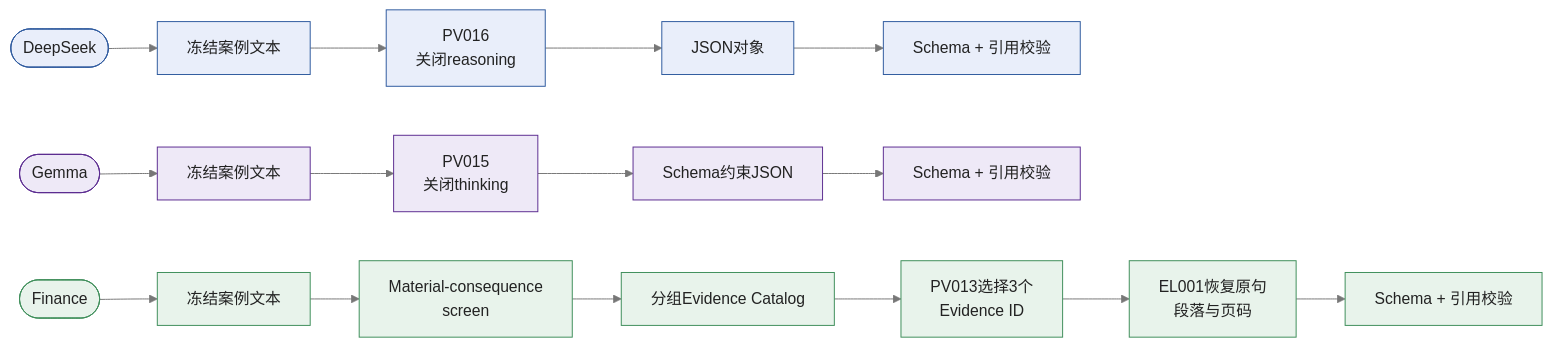
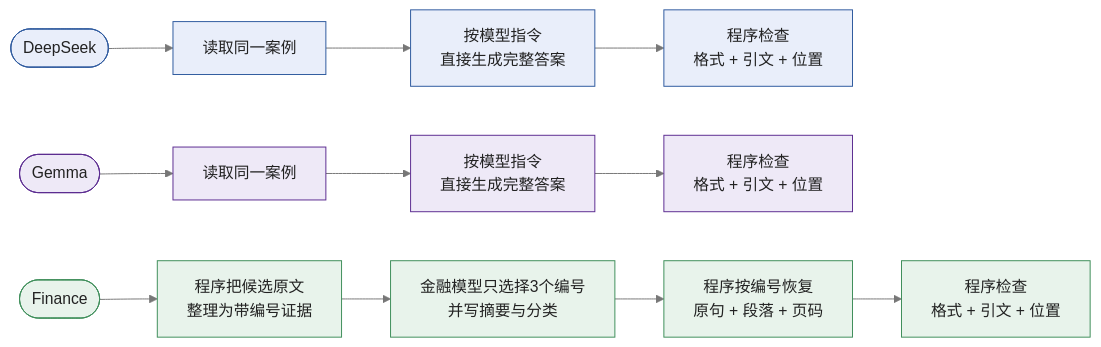
The diagram in report/visuals/src/final_solution_architectures.mmd (Alhabor/financial-filing-extraction), drawn with Mermaid before and after one commit. The commit also changed 11 other files, not shown here.

```diff
--- a/report/visuals/src/final_solution_architectures.mmd
+++ b/report/visuals/src/final_solution_architectures.mmd
@@ -1,12 +1,12 @@
 %%{init: {"theme": "base", "themeVariables": {"fontFamily": "Arial Unicode MS", "primaryTextColor": "#222222", "lineColor": "#777777"}}}%%
 flowchart LR
-  DS0([DeepSeek]) --> DS1[冻结案例文本] --> DS2[PV016<br/>关闭reasoning] --> DS3[JSON对象] --> DS4[Schema + 引用校验]
-  GM0([Gemma]) --> GM1[冻结案例文本] --> GM2[PV015<br/>关闭thinking] --> GM3[Schema约束JSON] --> GM4[Schema + 引用校验]
-  FN0([Finance]) --> FN1[冻结案例文本] --> FN2[Material-consequence<br/>screen] --> FN3[分组Evidence Catalog] --> FN4[PV013选择3个<br/>Evidence ID] --> FN5[EL001恢复原句<br/>段落与页码] --> FN6[Schema + 引用校验]
+  DS0([DeepSeek]) --> DS1[读取同一案例] --> DS2[按模型指令<br/>直接生成完整答案] --> DS3[程序检查<br/>格式 + 引文 + 位置]
+  GM0([Gemma]) --> GM1[读取同一案例] --> GM2[按模型指令<br/>直接生成完整答案] --> GM3[程序检查<br/>格式 + 引文 + 位置]
+  FN0([Finance]) --> FN1[程序把候选原文<br/>整理为带编号证据] --> FN2[金融模型只选择3个编号<br/>并写摘要与分类] --> FN3[程序按编号恢复<br/>原句 + 段落 + 页码] --> FN4[程序检查<br/>格式 + 引文 + 位置]
 
   classDef ds fill:#E9EEFA,stroke:#2E5A9E,color:#222222;
   classDef gm fill:#EEE9F7,stroke:#5C2D91,color:#222222;
   classDef fn fill:#E8F3EB,stroke:#3E8E5A,color:#222222;
-  class DS0,DS1,DS2,DS3,DS4 ds;
-  class GM0,GM1,GM2,GM3,GM4 gm;
-  class FN0,FN1,FN2,FN3,FN4,FN5,FN6 fn;
+  class DS0,DS1,DS2,DS3 ds;
+  class GM0,GM1,GM2,GM3 gm;
+  class FN0,FN1,FN2,FN3,FN4 fn;
```
